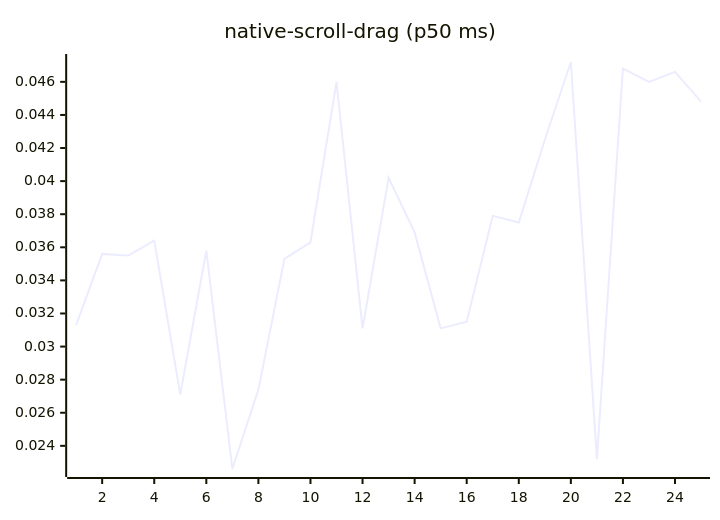
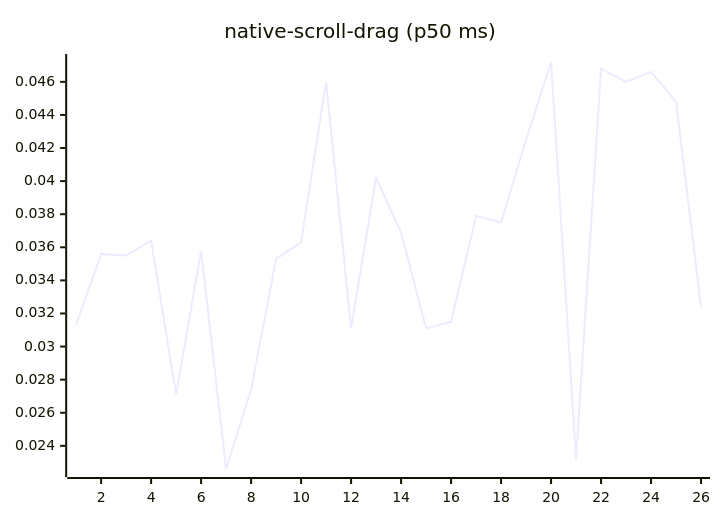
Before and after one commit to josha/Facet: diagram 14 of 27 in README.md, drawn with Mermaid. The commit also changed other lines of this file and 2 other files, not shown here.

````diff
--- a/README.md
+++ b/README.md
@@ -154,6 +154,6 @@
 ```mermaid
 xychart-beta
     title "native-scroll-drag (p50 ms)"
-    x-axis 1 --> 25
-    line [0.0313, 0.0356, 0.0355, 0.0364, 0.0271, 0.0358, 0.0226, 0.0274, 0.0353, 0.0363, 0.0460, 0.0311, 0.0402, 0.0369, 0.0311, 0.0315, 0.0379, 0.0375, 0.0425, 0.0472, 0.0232, 0.0468, 0.0460, 0.0466, 0.0448]
+    x-axis 1 --> 26
+    line [0.0313, 0.0356, 0.0355, 0.0364, 0.0271, 0.0358, 0.0226, 0.0274, 0.0353, 0.0363, 0.0460, 0.0311, 0.0402, 0.0369, 0.0311, 0.0315, 0.0379, 0.0375, 0.0425, 0.0472, 0.0232, 0.0468, 0.0460, 0.0466, 0.0448, 0.0324]
 ```
````
